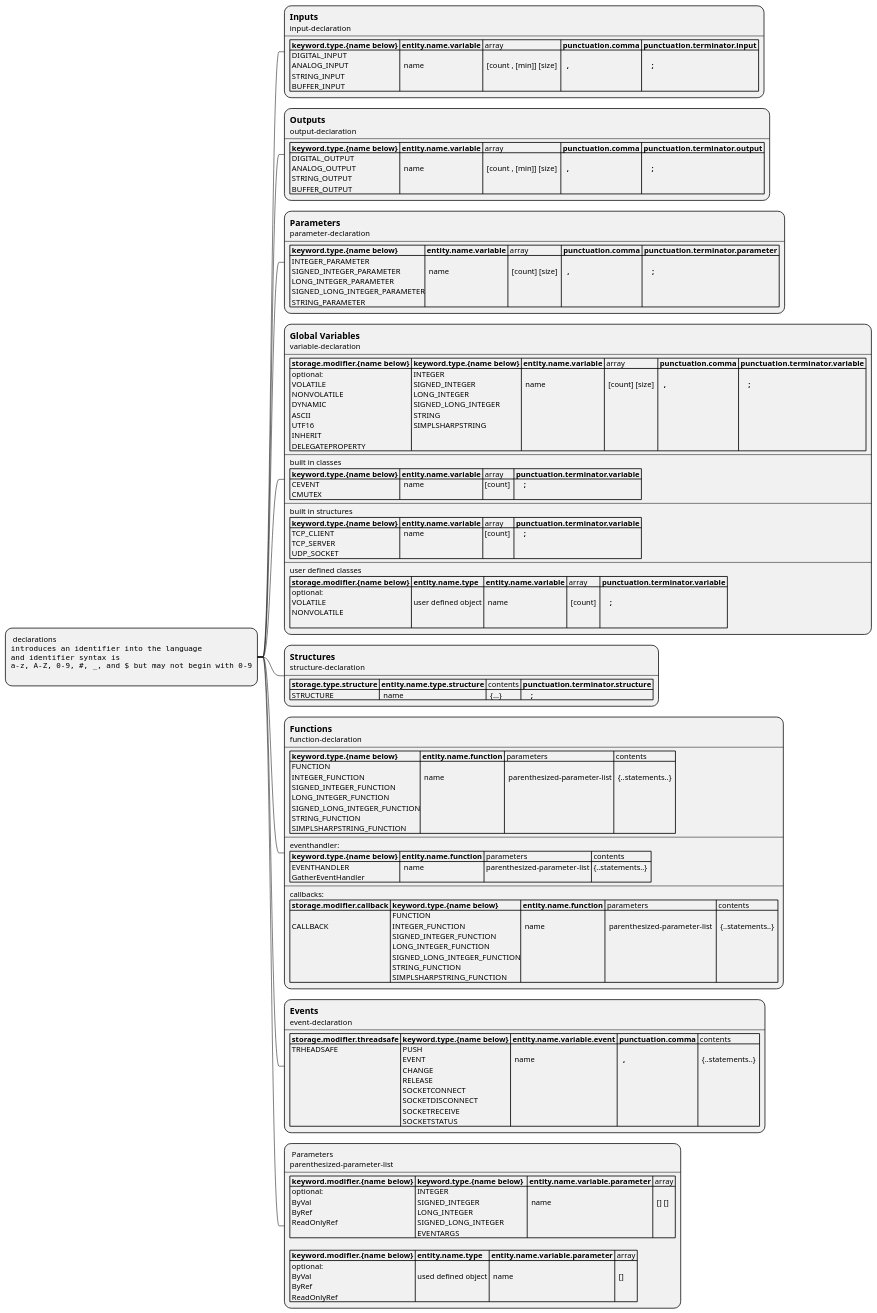
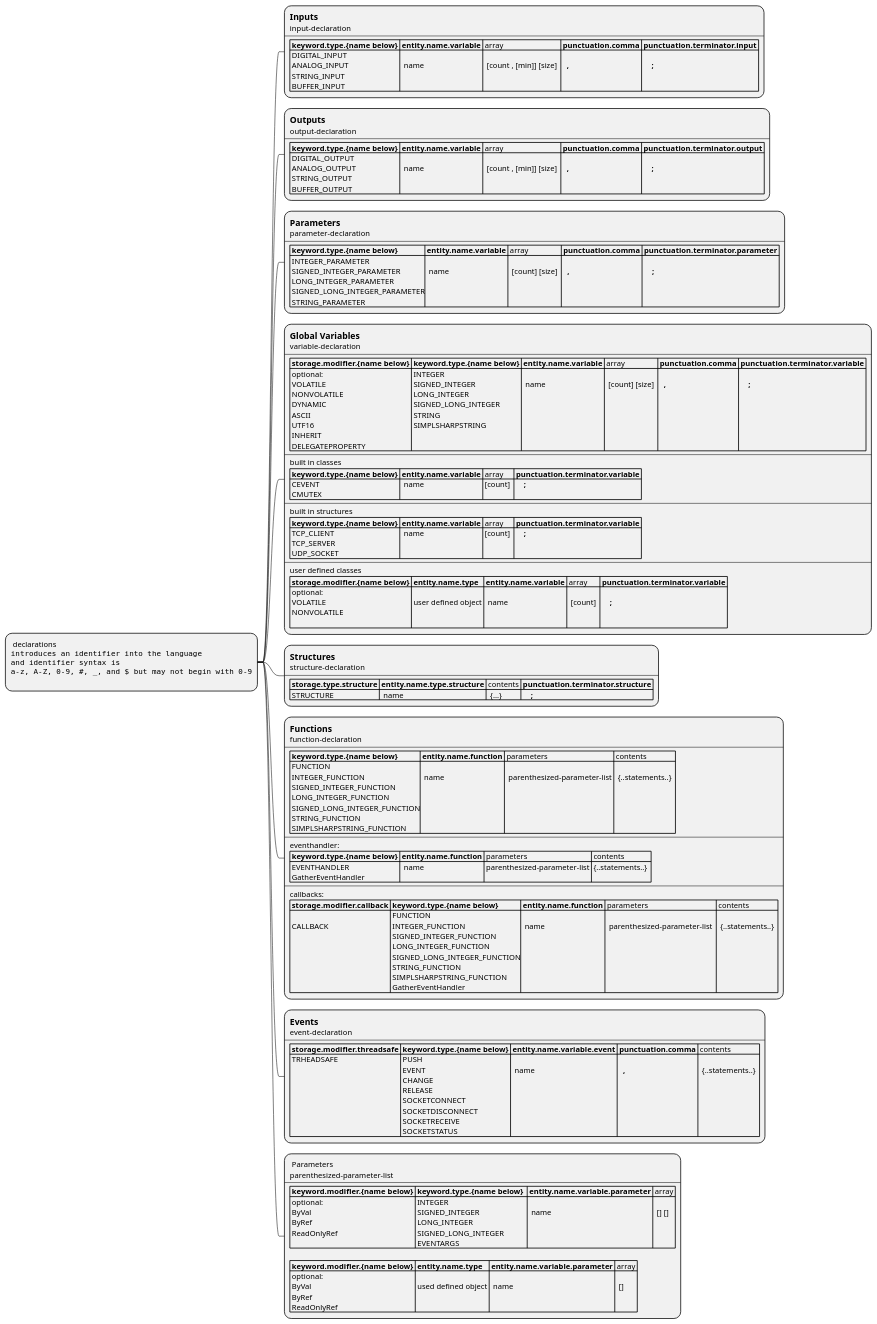
One commit to alvaroyurrita/vscode-crestron-splus changed the diagram in UML/simpl-plus-syntax-mindmap/declarations.puml. Above: the diagram before and after it, drawn with PlantUML. The commit also changed 11 other files, not shown here.

```diff
--- a/UML/simpl-plus-syntax-mindmap/declarations.puml
+++ b/UML/simpl-plus-syntax-mindmap/declarations.puml
@@ -1,84 +1,84 @@
 @startmindmap
 *: declarations
 <code>
 introduces an identifier into the language
 and identifier syntax is
 a-z, A-Z, 0-9, #, _, and $ but may not begin with 0-9
 </code>
 ;
 
 **:== Inputs
 input-declaration
 ----
 |= keyword.type.{name below} |= entity.name.variable | array |= punctuation.comma |= punctuation.terminator.input |
 | DIGITAL_INPUT\n ANALOG_INPUT\n STRING_INPUT\n BUFFER_INPUT |  \n  name  | \n  [count , [min]] [size]  |= \n   , |=  \n     ; |;
 **:== Outputs
 output-declaration
 ----
 |= keyword.type.{name below} |= entity.name.variable | array |= punctuation.comma |= punctuation.terminator.output |
 | DIGITAL_OUTPUT\n ANALOG_OUTPUT\n STRING_OUTPUT\n BUFFER_OUTPUT |  \n  name | \n  [count , [min]] [size]  |= \n   , |=  \n     ; |;
 
 **:== Parameters
 parameter-declaration
 ----
 |= keyword.type.{name below} |= entity.name.variable | array |= punctuation.comma |= punctuation.terminator.parameter |
 | INTEGER_PARAMETER\n SIGNED_INTEGER_PARAMETER\n LONG_INTEGER_PARAMETER\n SIGNED_LONG_INTEGER_PARAMETER\n STRING_PARAMETER  |  \n  name | \n  [count] [size]  |= \n   ,|=  \n     ; |;
 
 **:== Global Variables
 variable-declaration
 ----
 |= storage.modifier.{name below} |= keyword.type.{name below} |= entity.name.variable | array |= punctuation.comma |= punctuation.terminator.variable |
 | optional:\n VOLATILE\n NONVOLATILE\n DYNAMIC \n ASCII\n UTF16\n INHERIT\n DELEGATEPROPERTY | INTEGER\n SIGNED_INTEGER\n LONG_INTEGER\n SIGNED_LONG_INTEGER\n STRING\n SIMPLSHARPSTRING|  \n  name | \n  [count] [size]  |= \n   ,|=  \n     ; |
 ----
 built in classes
 |= keyword.type.{name below} |= entity.name.variable | array |= punctuation.terminator.variable |
 | CEVENT\n CMUTEX |  name  | [count]  |=     ; |
 ----
 built in structures
 |= keyword.type.{name below} |= entity.name.variable | array |= punctuation.terminator.variable |
 | TCP_CLIENT\n TCP_SERVER\n UDP_SOCKET |  name  | [count]  |=     ; |
 ----
 user defined classes
 |= storage.modifier.{name below} |= entity.name.type |= entity.name.variable | array |= punctuation.terminator.variable |
 | optional:\n VOLATILE\n NONVOLATILE\n | \n user defined object |  \n  name | \n  [count]  |=  \n     ; |;
 
 
 
 **:== Structures
 structure-declaration
 ----
 |= storage.type.structure |= entity.name.type.structure | contents |= punctuation.terminator.structure |
 | STRUCTURE |  name  |  {...} |=     ; |;
 
 **:== Functions
 function-declaration
 ----
 |= keyword.type.{name below} |= entity.name.function | parameters | contents |
 | FUNCTION\n INTEGER_FUNCTION\n SIGNED_INTEGER_FUNCTION\n LONG_INTEGER_FUNCTION\n SIGNED_LONG_INTEGER_FUNCTION\n STRING_FUNCTION \n SIMPLSHARPSTRING_FUNCTION  |  \n  name | \n  parenthesized-parameter-list | \n  {..statements..}  |
 ----
 eventhandler:
 |= keyword.type.{name below} |= entity.name.function | parameters | contents |
 | EVENTHANDLER\n GatherEventHandler   |  name | parenthesized-parameter-list | {..statements..}  |
 ----
 callbacks:
 |= storage.modifier.callback |= keyword.type.{name below} |= entity.name.function | parameters | contents |
-| \n CALLBACK  | FUNCTION\n INTEGER_FUNCTION\n SIGNED_INTEGER_FUNCTION\n LONG_INTEGER_FUNCTION\n SIGNED_LONG_INTEGER_FUNCTION\n STRING_FUNCTION \n SIMPLSHARPSTRING_FUNCTION | \n  name | \n  parenthesized-parameter-list  | \n  {..statements..}  |;
+| \n CALLBACK  | FUNCTION\n INTEGER_FUNCTION\n SIGNED_INTEGER_FUNCTION\n LONG_INTEGER_FUNCTION\n SIGNED_LONG_INTEGER_FUNCTION\n STRING_FUNCTION \n SIMPLSHARPSTRING_FUNCTION \n GatherEventHandler | \n  name | \n  parenthesized-parameter-list  | \n  {..statements..}  |;
 
 **:== Events
 event-declaration
 ----
 |= storage.modifier.threadsafe |= keyword.type.{name below} |= entity.name.variable.event |= punctuation.comma | contents |
 | TRHEADSAFE | PUSH\n EVENT\n CHANGE\n RELEASE\n SOCKETCONNECT\n SOCKETDISCONNECT \n SOCKETRECEIVE \n SOCKETSTATUS  |  \n  name |= \n   ,| \n  {..statements..}  |;
 
 
 
 **: Parameters
 parenthesized-parameter-list
 ----
 |= keyword.modifier.{name below} |= keyword.type.{name below}  |= entity.name.variable.parameter | array |
 | optional:\n ByVal\n ByRef\n ReadOnlyRef | INTEGER\n SIGNED_INTEGER\n LONG_INTEGER\n SIGNED_LONG_INTEGER\n EVENTARGS |  \n  name | \n  [] []  |
 
 |= keyword.modifier.{name below} |= entity.name.type |= entity.name.variable.parameter | array |
 | optional:\n ByVal\n ByRef\n ReadOnlyRef | \n used defined object |  \n  name | \n  []  |;
 
 @endmindmap
```
